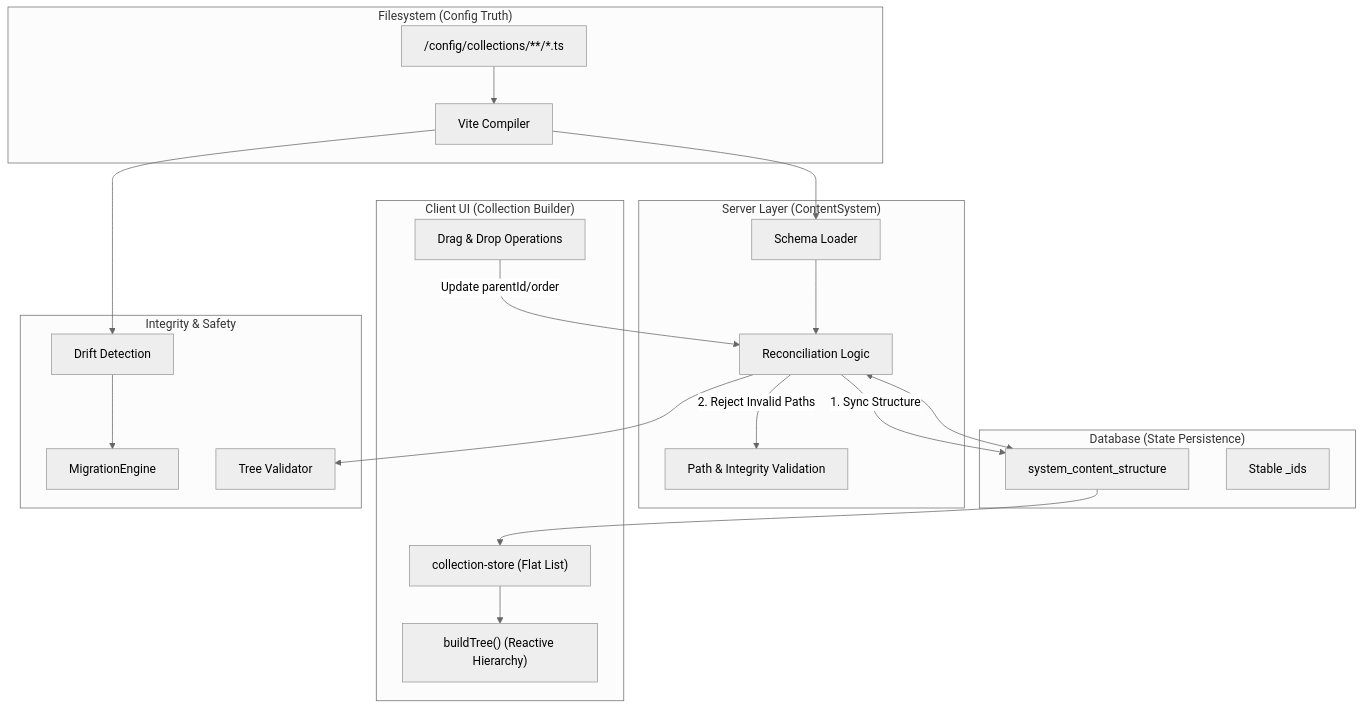
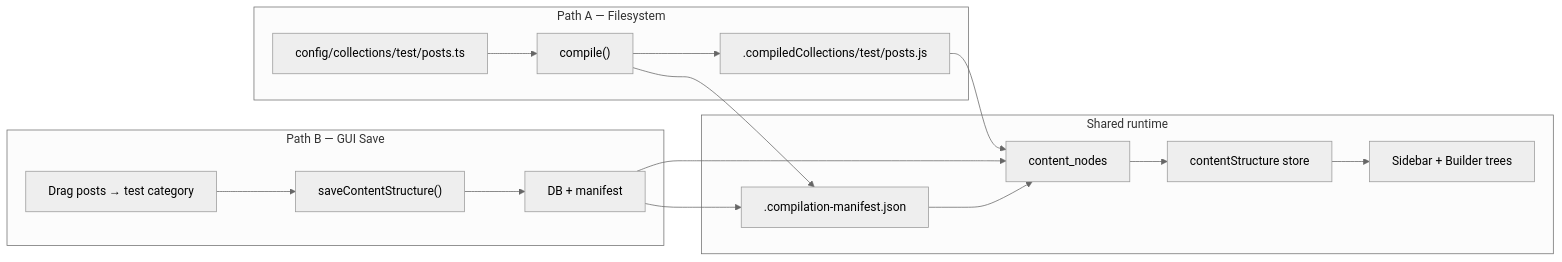
One commit to SveltyCMS/SveltyCMS changed the diagram in docs/reference/architecture/collection-builder-architecture.mdx. Above: the diagram before and after it, drawn with Mermaid (neutral theme). The commit also changed other lines of this file and 103 other files, not shown here.

````diff
--- a/docs/reference/architecture/collection-builder-architecture.mdx
+++ b/docs/reference/architecture/collection-builder-architecture.mdx
@@ -29,47 +29,30 @@
 ```mermaid
-graph TD
-    subgraph Filesystem ["Filesystem (Config Truth)"]
-        FS_Collections["/config/collections/**/*.ts"]
-        FS_Compiler["Vite Compiler"]
+flowchart LR
+    subgraph CodePath["Path A — Filesystem"]
+        F1["config/collections/test/posts.ts"]
+        F2["compile()"]
+        F3[".compiledCollections/test/posts.js"]
+        F1 --> F2 --> F3
     end
 
-    subgraph Server_Layer ["Server Layer (ContentSystem)"]
-        CM_Loader["Schema Loader"]
-        CM_Reconcile["Reconciliation Logic"]
-        CM_Validation["Path & Integrity Validation"]
+    subgraph GuiPath["Path B — GUI Save"]
+        G1["Drag posts → test category"]
+        G2["saveContentStructure()"]
+        G3["DB + manifest"]
+        G1 --> G2 --> G3
     end
 
-    subgraph Database ["Database (State Persistence)"]
-        DB_Nodes["system_content_structure"]
-        DB_IDs["Stable _ids"]
+    subgraph Shared["Shared runtime"]
+        R1["content_nodes"]
+        M1[".compilation-manifest.json"]
+        S1["contentStructure store"]
+        U1["Sidebar + Builder trees"]
     end
 
-    subgraph Client_UI ["Client UI (Collection Builder)"]
-        UI_Store["collection-store (Flat List)"]
-        UI_Tree["buildTree() (Reactive Hierarchy)"]
-        UI_Drag["Drag & Drop Operations"]
-    end
-
-    FS_Collections --> FS_Compiler
-    FS_Compiler --> CM_Loader
-    CM_Loader --> CM_Reconcile
-
-    DB_Nodes <--> CM_Reconcile
-
-    CM_Reconcile -- "1. Sync Structure" --> DB_Nodes
-    CM_Reconcile -- "2. Reject Invalid Paths" --> CM_Validation
-
-    DB_Nodes --> UI_Store
-    UI_Store --> UI_Tree
-    UI_Drag -- "Update parentId/order" --> CM_Reconcile
-
-    subgraph Integrity_Layer ["Integrity & Safety"]
-        Migration_Engine["MigrationEngine"]
-        Drift_Detection["Drift Detection"]
-        Tree_Validation["Tree Validator"]
-    end
-
-    CM_Reconcile --> Tree_Validation
-    FS_Compiler --> Drift_Detection
-    Drift_Detection --> Migration_Engine
+    F3 --> R1
+    G3 --> R1
+    G3 --> M1
+    F2 --> M1
+    M1 --> R1
+    R1 --> S1 --> U1
 ```
````
